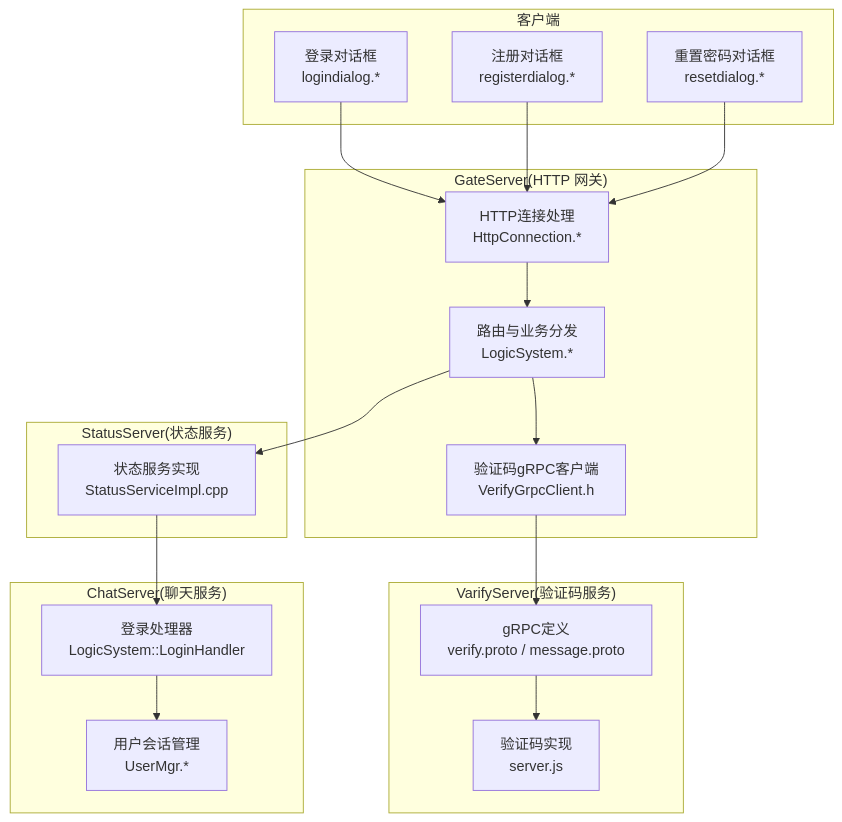
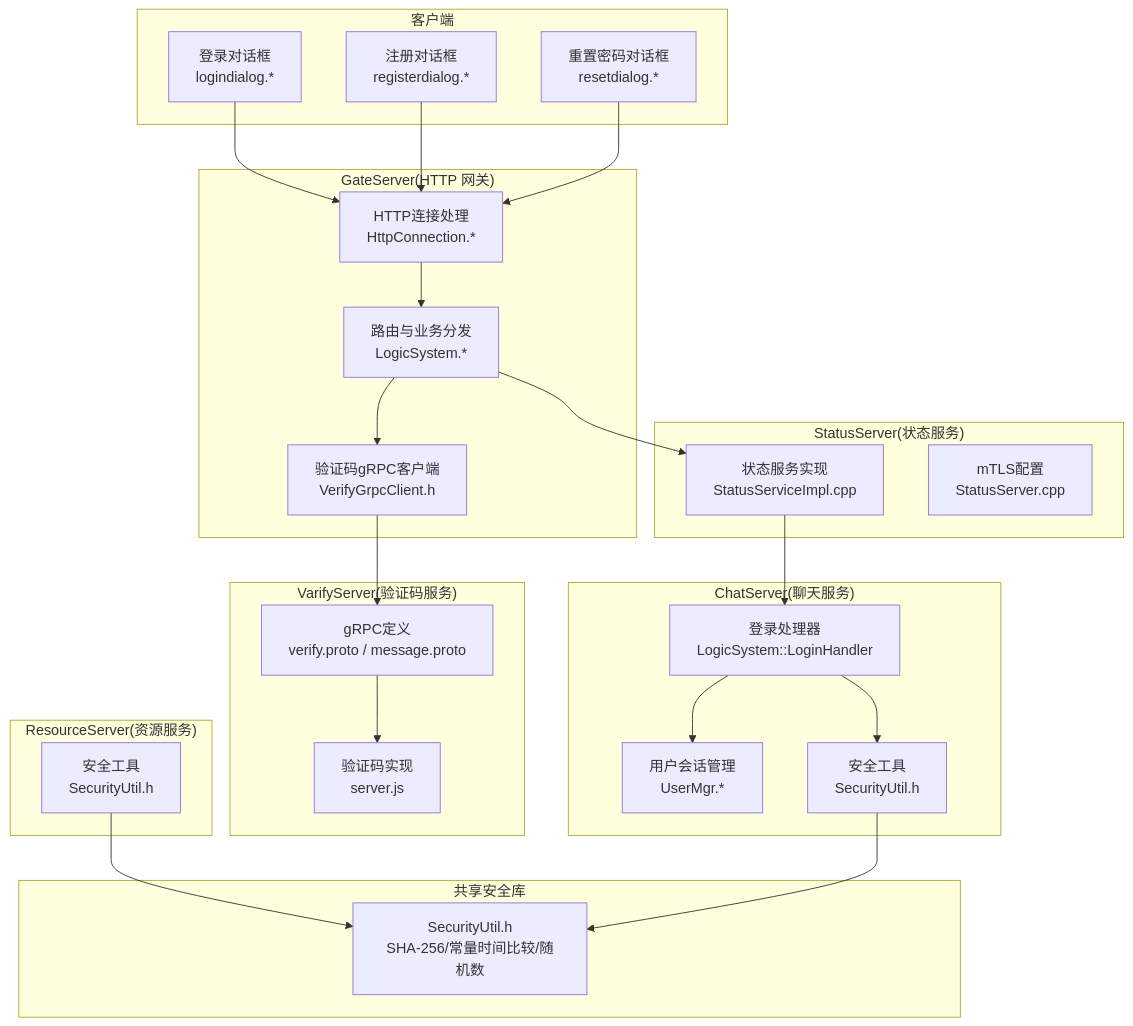
Before and after one commit to echo9923/mychatter: the first of 11 diagrams in .qoder/repowiki/zh/content/安全设计/身份认证系统/身份认证系统.md, drawn with Mermaid. The commit also changed other lines of this file and 107 other files, not shown here.

````diff
--- a/.qoder/repowiki/zh/content/安全设计/身份认证系统/身份认证系统.md
+++ b/.qoder/repowiki/zh/content/安全设计/身份认证系统/身份认证系统.md
@@ -52,34 +66,45 @@
 ```mermaid
 graph TB
 subgraph "客户端"
 QLogin["登录对话框<br/>logindialog.*"]
 QReg["注册对话框<br/>registerdialog.*"]
 QReset["重置密码对话框<br/>resetdialog.*"]
 end
 subgraph "GateServer(HTTP 网关)"
 GConn["HTTP连接处理<br/>HttpConnection.*"]
 GLogic["路由与业务分发<br/>LogicSystem.*"]
 GVClient["验证码gRPC客户端<br/>VerifyGrpcClient.h"]
 end
 subgraph "VarifyServer(验证码服务)"
 VProto["gRPC定义<br/>verify.proto / message.proto"]
 VImpl["验证码实现<br/>server.js"]
 end
 subgraph "StatusServer(状态服务)"
 SImpl["状态服务实现<br/>StatusServiceImpl.cpp"]
+SMtls["mTLS配置<br/>StatusServer.cpp"]
 end
 subgraph "ChatServer(聊天服务)"
 CLogin["登录处理器<br/>LogicSystem::LoginHandler"]
 UMgr["用户会话管理<br/>UserMgr.*"]
+CSec["安全工具<br/>SecurityUtil.h"]
+end
+subgraph "ResourceServer(资源服务)"
+RSec["安全工具<br/>SecurityUtil.h"]
+end
+subgraph "共享安全库"
+SecUtil["SecurityUtil.h<br/>SHA-256/常量时间比较/随机数"]
 end
 QLogin --> GConn
 QReg --> GConn
 QReset --> GConn
 GConn --> GLogic
 GLogic --> GVClient
 GVClient --> VProto
 VProto --> VImpl
 GLogic --> SImpl
 SImpl --> CLogin
 CLogin --> UMgr
+CLogin --> CSec
+RSec --> SecUtil
+CSec --> SecUtil
 ```
````
